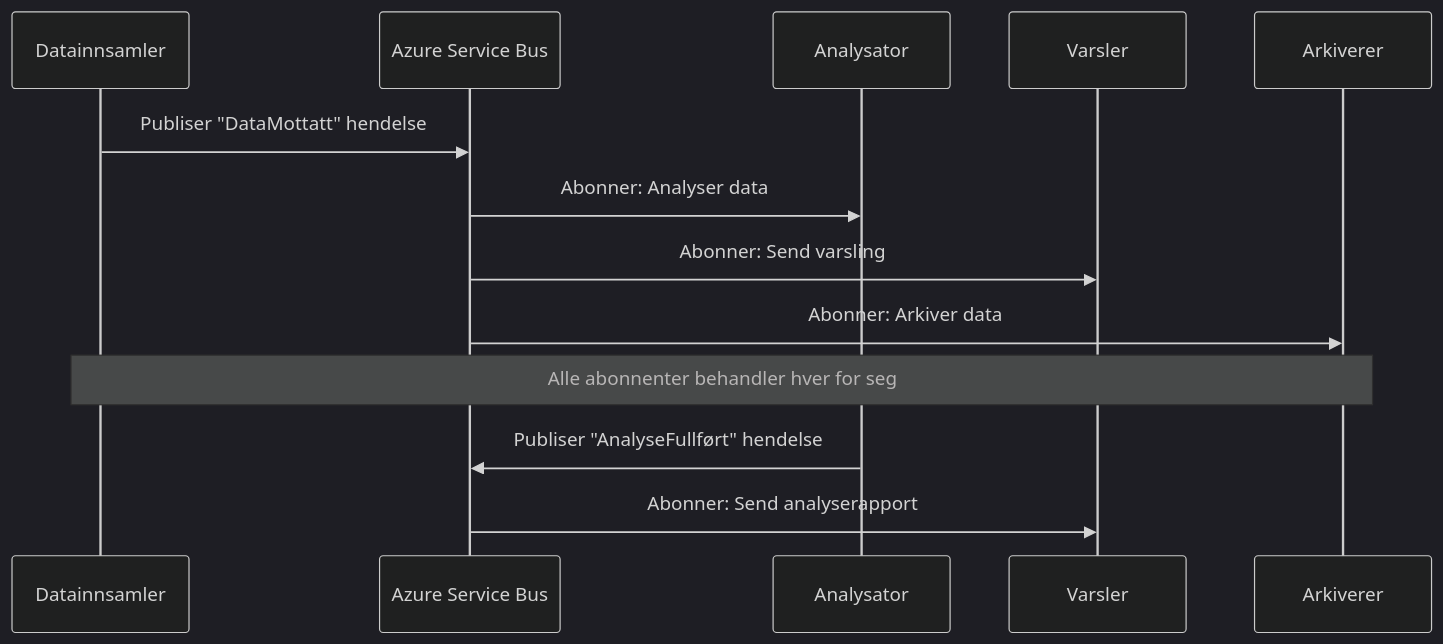
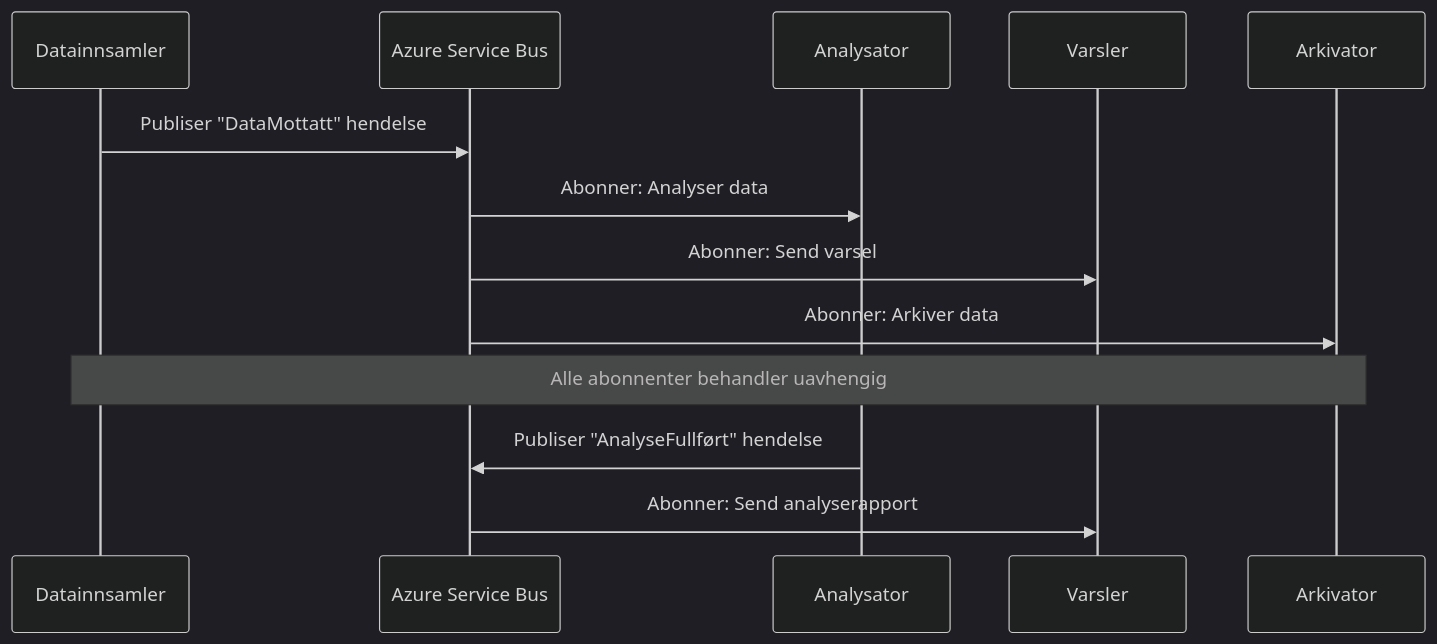
Before and after one commit to microsoft/AZD-for-beginners: the fourth of 6 diagrams in translations/no/docs/chapter-06-pre-deployment/coordination-patterns.md, drawn with Mermaid (dark theme). The commit also changed other lines of this file and 101 other files, not shown here.

````diff
--- a/translations/no/docs/chapter-06-pre-deployment/coordination-patterns.md
+++ b/translations/no/docs/chapter-06-pre-deployment/coordination-patterns.md
@@ -191,18 +185,18 @@
 ```mermaid
 sequenceDiagram
     participant Agent1 as Datainnsamler
     participant EventBus as Azure Service Bus
     participant Agent2 as Analysator
     participant Agent3 as Varsler
-    participant Agent4 as Arkiverer
+    participant Agent4 as Arkivator
     
     Agent1->>EventBus: Publiser "DataMottatt" hendelse
     EventBus->>Agent2: Abonner: Analyser data
-    EventBus->>Agent3: Abonner: Send varsling
+    EventBus->>Agent3: Abonner: Send varsel
     EventBus->>Agent4: Abonner: Arkiver data
     
-    Note over Agent1,Agent4: Alle abonnenter behandler hver for seg
+    Note over Agent1,Agent4: Alle abonnenter behandler uavhengig
     
     Agent2->>EventBus: Publiser "AnalyseFullført" hendelse
     EventBus->>Agent3: Abonner: Send analyserapport
 ```
````
